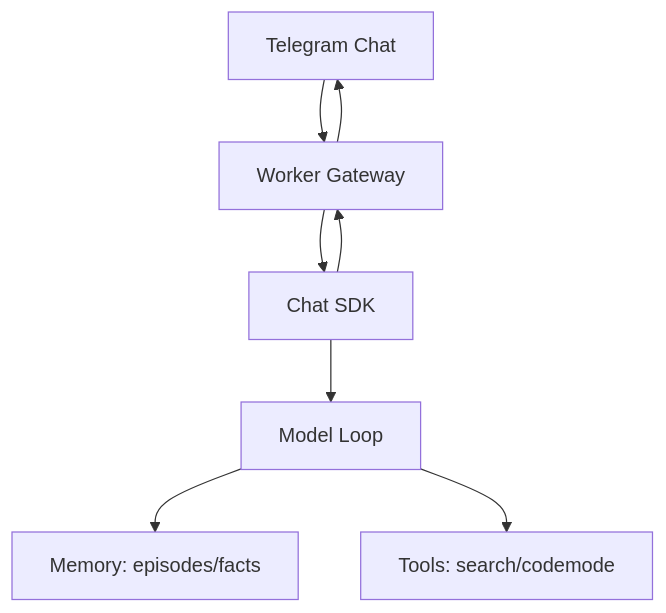
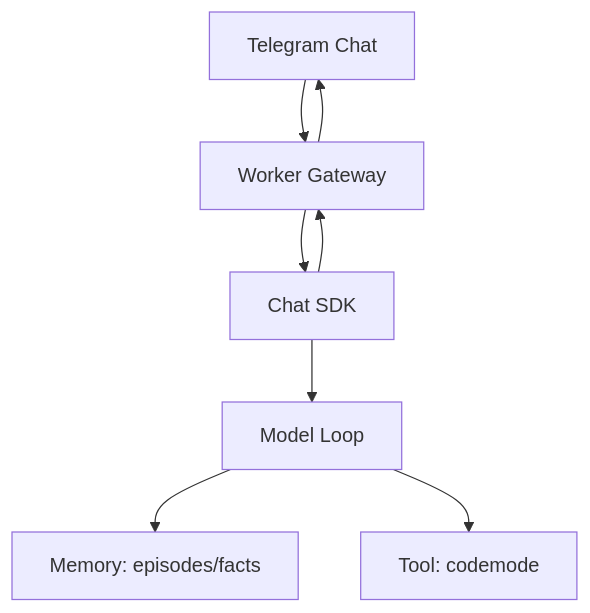
One commit to drevantonder/dreclaw changed the diagram in README.md. Above: the diagram before and after it, drawn with Mermaid. The commit also changed other lines of this file and 3 other files, not shown here.

````diff
--- a/README.md
+++ b/README.md
@@ -17,9 +17,9 @@
 ```mermaid
 flowchart TD
   U[Telegram Chat] --> W[Worker Gateway]
   W --> C[Chat SDK]
   C --> M[Model Loop]
   M --> MM[Memory: episodes/facts]
-  M --> T[Tools: search/codemode]
+  M --> T[Tool: codemode]
   C --> W --> U
 ```
````
